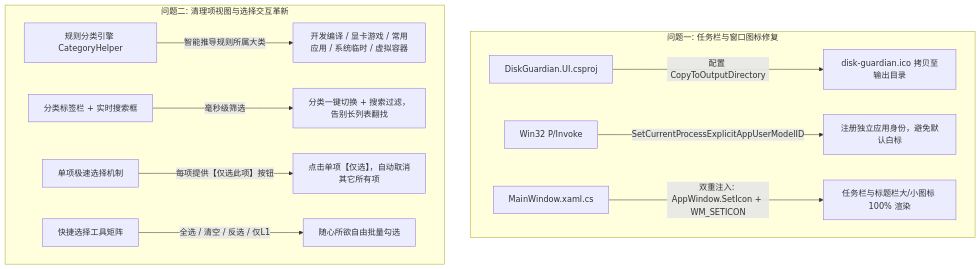
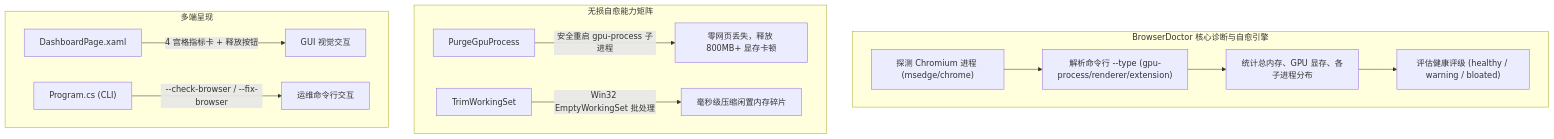
The diagram in .antigravity_docs/plans/implementation_plan.md (HMuSeaB/disk-guardian), drawn with Mermaid before and after one commit. The commit also changed other lines of this file and 7 other files, not shown here.

Commit message:
feat(diagnostics): add BrowserDoctor for lossless browser GPU memory release & working set trimming

````diff
--- a/.antigravity_docs/plans/implementation_plan.md
+++ b/.antigravity_docs/plans/implementation_plan.md
@@ -11,15 +10,18 @@
 ```mermaid
 flowchart TD
-    subgraph Issue1["问题一: 任务栏与窗口图标修复"]
-        A1["DiskGuardian.UI.csproj"] -->|"配置 CopyToOutputDirectory"| B1["disk-guardian.ico 拷贝至输出目录"]
-        A2["Win32 P/Invoke"] -->|"SetCurrentProcessExplicitAppUserModelID"| B2["注册独立应用身份，避免默认白标"]
-        A3["MainWindow.xaml.cs"] -->|"双重注入: AppWindow.SetIcon + WM_SETICON"| B3["任务栏与标题栏大/小图标 100% 渲染"]
+    subgraph BrowserDoctor["BrowserDoctor 核心诊断与自愈引擎"]
+        A["探测 Chromium 进程 (msedge/chrome)"] --> B["解析命令行 --type (gpu-process/renderer/extension)"]
+        B --> C["统计总内存、GPU 显存、各子进程分布"]
+        C --> D["评估健康评级 (healthy / warning / bloated)"]
     end
 
-    subgraph Issue2["问题二: 清理项视图与选择交互革新"]
-        C1["规则分类引擎 CategoryHelper"] -->|"智能推导规则所属大类"| D1["开发编译 / 显卡游戏 / 常用应用 / 系统临时 / 虚拟容器"]
-        C2["分类标签栏 + 实时搜索框"] -->|"毫秒级筛选"| D2["分类一键切换 + 搜索过滤，告别长列表翻找"]
-        C3["单项极速选择机制"] -->|"每项提供【仅选此项】按钮"| D3["点击单项【仅选】，自动取消其它所有项"]
-        C4["快捷选择工具矩阵"] -->|"全选 / 清空 / 反选 / 仅L1"| D4["随心所欲自由批量勾选"]
+    subgraph HealingActions["无损自愈能力矩阵"]
+        E["PurgeGpuProcess"] -->|"安全重启 gpu-process 子进程"| F["零网页丢失，释放 800MB+ 显存卡顿"]
+        G["TrimWorkingSet"] -->|"Win32 EmptyWorkingSet 批处理"| H["毫秒级压缩闲置内存碎片"]
+    end
+
+    subgraph Presentation["多端呈现"]
+        I["DashboardPage.xaml"] -->|"4 宫格指标卡 + 释放按钮"| J["GUI 视觉交互"]
+        K["Program.cs (CLI)"] -->|"--check-browser / --fix-browser"| L["运维命令行交互"]
     end
 ```
````
